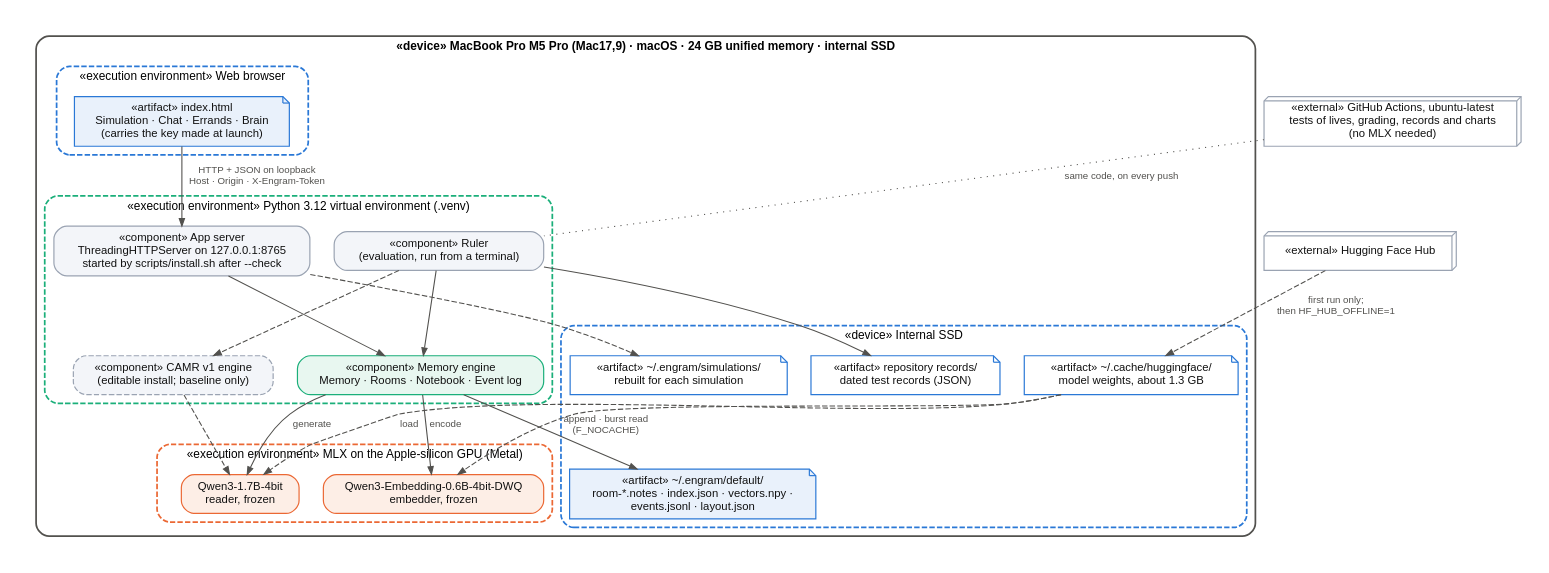
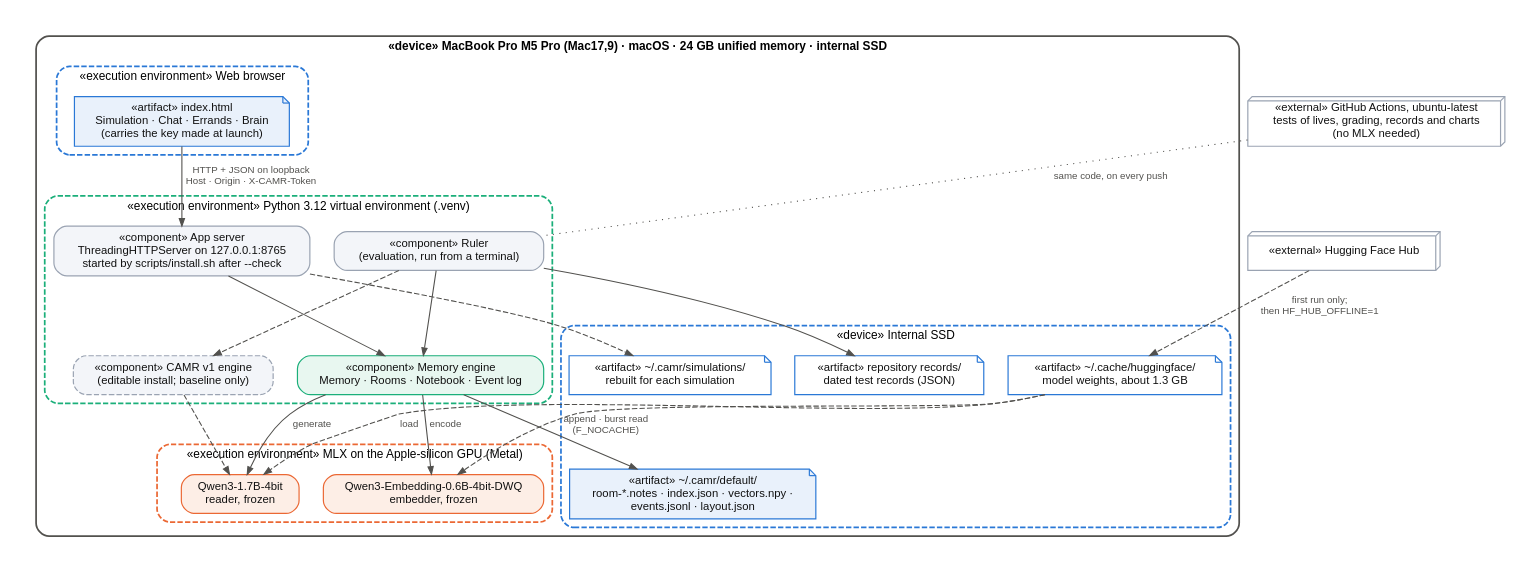
The diagram in v2/docs/thesis/diagrams/superseded-graphviz/deployment_mac.dot (Satasdin/CAMR), drawn with Graphviz before and after one commit. The commit also changed 385 other files, not shown here.

First line of the commit message:
One name: CAMR. The engine's package is camr_engine (the old CAMR baseline keeps the import name camr), its distribution camr-engine, and engram is gone from the code, the app, the docs and the environment variables (CAMR_MLX_CACHE_GB, CAMR_MEASURING)

```diff
--- a/v2/docs/thesis/diagrams/superseded-graphviz/deployment_mac.dot
+++ b/v2/docs/thesis/diagrams/superseded-graphviz/deployment_mac.dot
@@ -1,58 +1,58 @@
 // Figure 4.10: Deployment diagram of the CAMR v2 app on the Mac.
 digraph deployment_mac {
   rankdir=TB;
   graph [fontname="Helvetica" fontsize=11 bgcolor="white" pad=0.25 nodesep=0.35 ranksep=0.45 newrank=true];
   node [fontname="Helvetica" fontsize=10.5 shape=box style="rounded,filled" fillcolor="#f3f5f9" color="#9aa3b2" penwidth=1.1 fontcolor="#111111" margin="0.14,0.07"];
   edge [fontname="Helvetica" fontsize=9 color="#52514e" fontcolor="#52514e" arrowsize=0.7 penwidth=1.0];
   graph [ranksep=0.5 nodesep=0.3];
 
   subgraph cluster_mac {
     label="«device» MacBook Pro M5 Pro (Mac17,9) · macOS · 24 GB unified memory · internal SSD"; fontname="Helvetica-Bold";
     color="#52514e"; style="rounded"; penwidth=1.6;
 
     subgraph cluster_browser {
       label="«execution environment» Web browser"; fontname="Helvetica"; color="#2a78d6"; style="rounded,dashed";
       page [label="«artifact» index.html\nSimulation · Chat · Errands · Brain\n(carries the key made at launch)" shape=note style="filled" fillcolor="#e9f1fb" color="#2a78d6"];
     }
 
     subgraph cluster_py {
       label="«execution environment» Python 3.12 virtual environment (.venv)"; fontname="Helvetica"; color="#1baf7a"; style="rounded,dashed";
       srv   [label="«component» App server\nThreadingHTTPServer on 127.0.0.1:8765\nstarted by scripts/install.sh after --check"];
       eng   [label="«component» Memory engine\nMemory · Rooms · Notebook · Event log" fillcolor="#e8f7f0" color="#1baf7a"];
       ruler [label="«component» Ruler\n(evaluation, run from a terminal)"];
       v1lib [label="«component» CAMR v1 engine\n(editable install; baseline only)" style="rounded,filled,dashed"];
     }
 
     subgraph cluster_mlx {
       label="«execution environment» MLX on the Apple-silicon GPU (Metal)"; fontname="Helvetica"; color="#eb6834"; style="rounded,dashed";
       reader [label="Qwen3-1.7B-4bit\nreader, frozen" fillcolor="#fdeee6" color="#eb6834"];
       emb    [label="Qwen3-Embedding-0.6B-4bit-DWQ\nembedder, frozen" fillcolor="#fdeee6" color="#eb6834"];
     }
 
     subgraph cluster_ssd {
       label="«device» Internal SSD"; fontname="Helvetica"; color="#2a78d6"; style="rounded,dashed";
-      mem  [label="«artifact» ~/.engram/default/\nroom-*.notes · index.json · vectors.npy ·\nevents.jsonl · layout.json" shape=note style="filled" fillcolor="#e9f1fb" color="#2a78d6"];
-      sims [label="«artifact» ~/.engram/simulations/\nrebuilt for each simulation" shape=note style="filled" fillcolor="white" color="#2a78d6"];
+      mem  [label="«artifact» ~/.camr/default/\nroom-*.notes · index.json · vectors.npy ·\nevents.jsonl · layout.json" shape=note style="filled" fillcolor="#e9f1fb" color="#2a78d6"];
+      sims [label="«artifact» ~/.camr/simulations/\nrebuilt for each simulation" shape=note style="filled" fillcolor="white" color="#2a78d6"];
       hf   [label="«artifact» ~/.cache/huggingface/\nmodel weights, about 1.3 GB" shape=note style="filled" fillcolor="white" color="#2a78d6"];
       recs [label="«artifact» repository records/\ndated test records (JSON)" shape=note style="filled" fillcolor="white" color="#2a78d6"];
     }
   }
 
   hub [label="«external» Hugging Face Hub" shape=box3d style="filled" fillcolor="white"];
   ci  [label="«external» GitHub Actions, ubuntu-latest\ntests of lives, grading, records and charts\n(no MLX needed)" shape=box3d style="filled" fillcolor="white"];
 
-  page -> srv     [label="HTTP + JSON on loopback\nHost · Origin · X-Engram-Token"];
+  page -> srv     [label="HTTP + JSON on loopback\nHost · Origin · X-CAMR-Token"];
   srv -> eng;
   srv -> sims     [style=dashed];
   ruler -> eng;
   ruler -> v1lib  [style=dashed];
   ruler -> recs;
   eng -> reader   [label="generate"];
   eng -> emb      [label="encode"];
   v1lib -> reader [style=dashed];
   eng -> mem      [label="append · burst read\n(F_NOCACHE)"];
   hf -> reader    [label="load" style=dashed];
   hf -> emb       [style=dashed];
   hub -> hf       [label="first run only;\nthen HF_HUB_OFFLINE=1" style=dashed];
   ci -> ruler     [label="same code, on every push" style=dotted arrowhead=none];
 }
```
